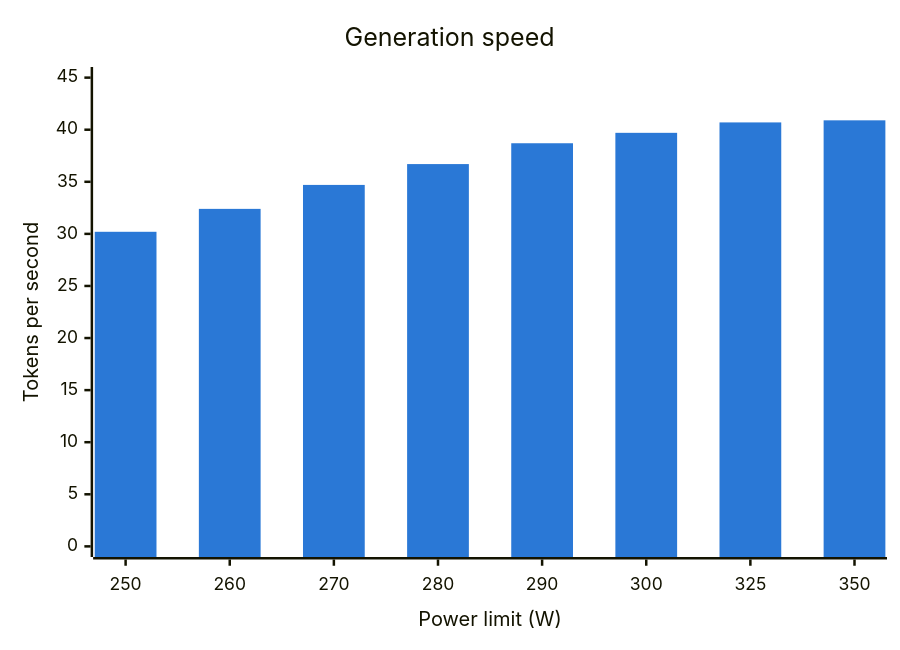
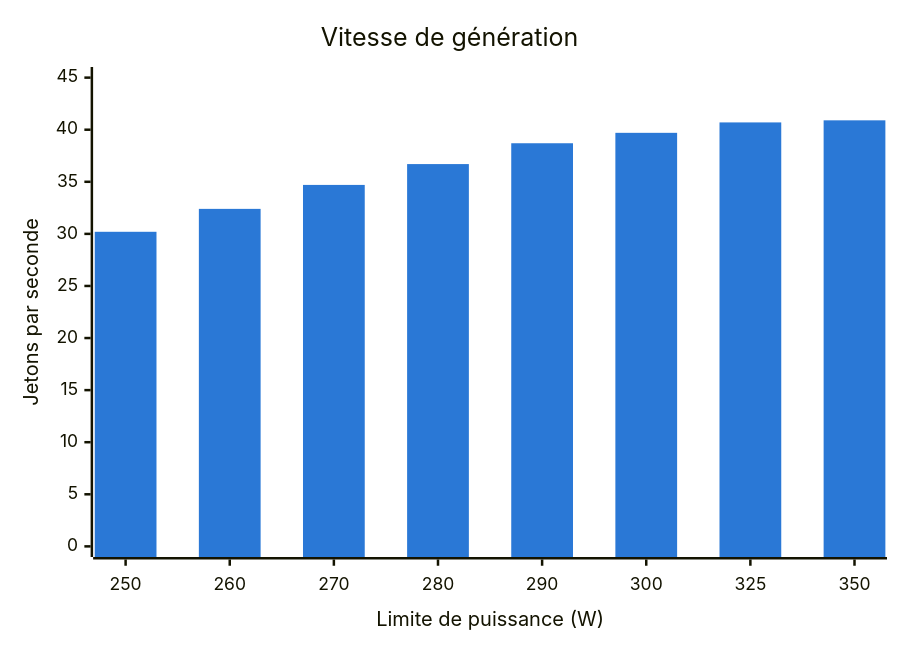
One commit to rem-lit/SummerAI changed the first of 4 diagrams in benchmarks/power-limit/README.md. Above: the diagram before and after it, drawn with Mermaid. The commit also changed other lines of this file and 22 other files, not shown here.

````diff
--- a/benchmarks/power-limit/README.md
+++ b/benchmarks/power-limit/README.md
@@ -30,13 +30,13 @@
 ```mermaid
 ---
 config:
   themeVariables:
     xyChart:
       plotColorPalette: "#2a78d6"
 ---
 xychart-beta
-  title "Generation speed"
-  x-axis "Power limit (W)" [250, 260, 270, 280, 290, 300, 325, 350]
-  y-axis "Tokens per second" 0 --> 45
+  title "Vitesse de génération"
+  x-axis "Limite de puissance (W)" [250, 260, 270, 280, 290, 300, 325, 350]
+  y-axis "Jetons par seconde" 0 --> 45
   bar [30.2, 32.4, 34.7, 36.7, 38.7, 39.7, 40.7, 40.9]
 ```
````
